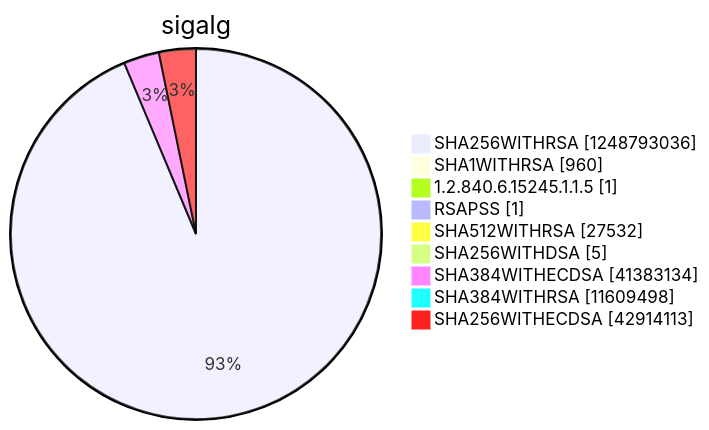
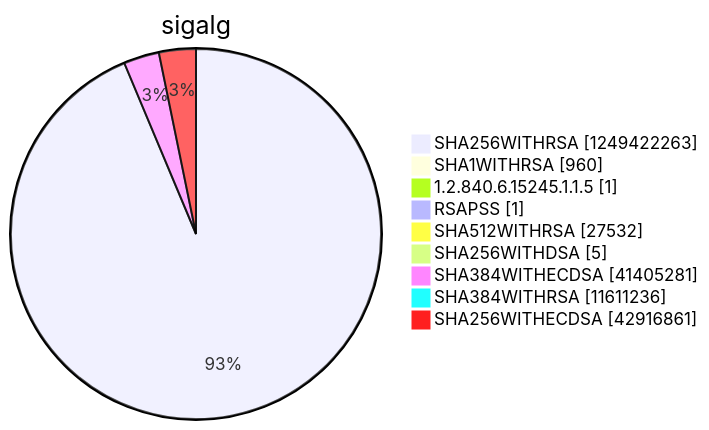
Before and after one commit to christiankrug/ctmonitor_visualization: diagram 15 of 15 in argon2022/README.md, drawn with Mermaid. The commit also changed other lines of this file, not shown here.

````diff
--- a/argon2022/README.md
+++ b/argon2022/README.md
@@ -5522,13 +5522,13 @@
 ```mermaid
 pie showData
 title sigalg
-"SHA256WITHRSA" :1248793036
+"SHA256WITHRSA" :1249422263
 "SHA1WITHRSA" :960
 "1.2.840.6.15245.1.1.5" :1
 "RSAPSS" :1
 "SHA512WITHRSA" :27532
 "SHA256WITHDSA" :5
-"SHA384WITHECDSA" :41383134
-"SHA384WITHRSA" :11609498
-"SHA256WITHECDSA" :42914113
+"SHA384WITHECDSA" :41405281
+"SHA384WITHRSA" :11611236
+"SHA256WITHECDSA" :42916861
 ```
````
